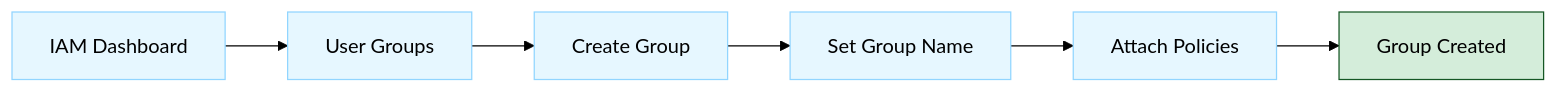
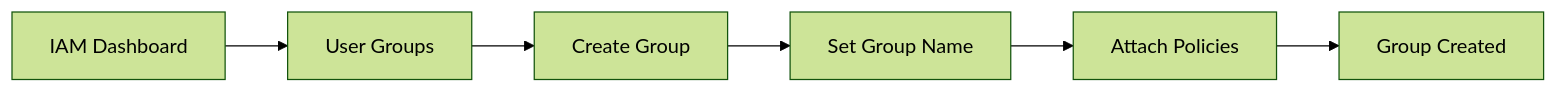
The second of 4 diagrams in docs/dev-cloud/cclab/lab_2.md (sujith-eag/sujith-library), drawn with Mermaid (forest theme) before and after one commit. The commit also changed other lines of this file and 41 other files, not shown here.

First line of the commit message:
Refactor diagrams and remove redundant styles in documentation

````diff
--- a/docs/dev-cloud/cclab/lab_2.md
+++ b/docs/dev-cloud/cclab/lab_2.md
@@ -65,14 +52,8 @@
 ```mermaid
 flowchart LR
     IAM[IAM Dashboard] --> Groups[User Groups]
     Groups --> Create[Create Group]
     Create --> Name[Set Group Name]
     Name --> Policy[Attach Policies]
     Policy --> Done[Group Created]
-
-    classDef process fill:#e6f7ff,stroke:#91d5ff
-    classDef success fill:#d4edda,stroke:#155724
-
-    class IAM,Groups,Create,Name,Policy process
-    class Done success
 ```
````
